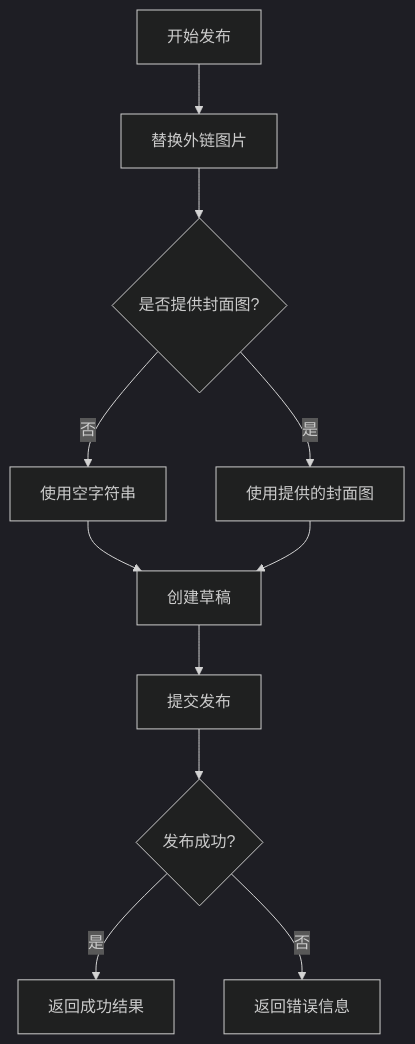
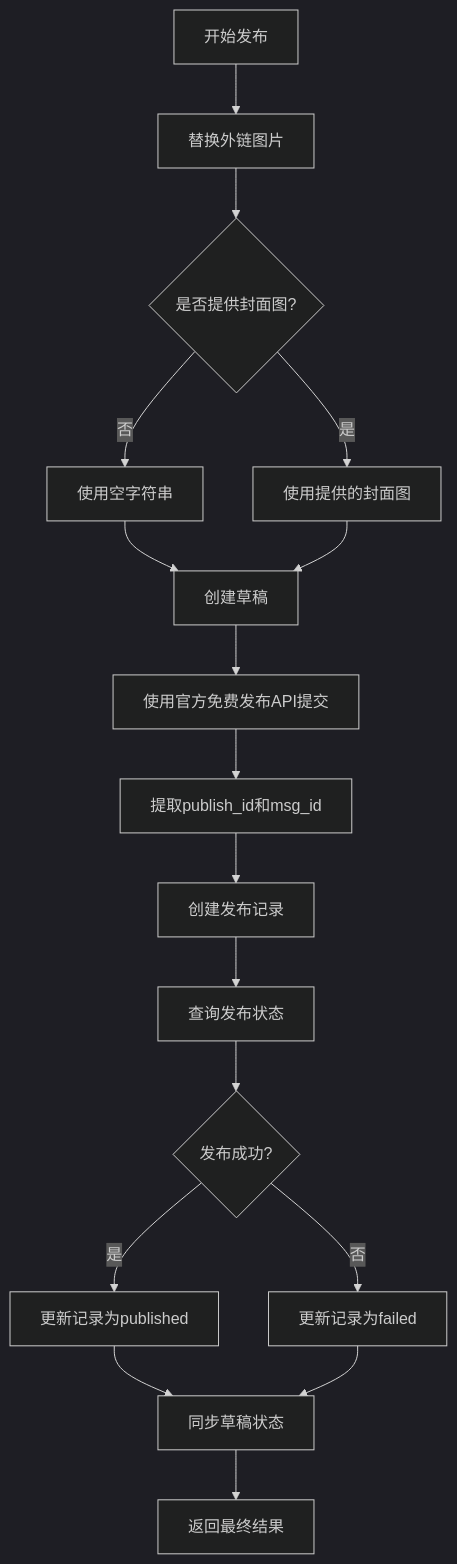
The sixth of 11 diagrams in .qoder/repowiki/zh/content/后端开发/API接口设计/微信API接口.md (sansansansansan2022-web/hotclaw), drawn with Mermaid (dark theme) before and after one commit. The commit also changed other lines of this file and 860 other files, not shown here.

````diff
--- a/.qoder/repowiki/zh/content/后端开发/API接口设计/微信API接口.md
+++ b/.qoder/repowiki/zh/content/后端开发/API接口设计/微信API接口.md
@@ -258,13 +278,19 @@
 ```mermaid
 flowchart TD
 A[开始发布] --> B[替换外链图片]
 B --> C{是否提供封面图?}
 C --> |否| D[使用空字符串]
 C --> |是| E[使用提供的封面图]
 D --> F[创建草稿]
 E --> F
-F --> G[提交发布]
-G --> H{发布成功?}
-H --> |是| I[返回成功结果]
-H --> |否| J[返回错误信息]
+F --> G[使用官方免费发布API提交]
+G --> H[提取publish_id和msg_id]
+H --> I[创建发布记录]
+I --> J[查询发布状态]
+J --> K{发布成功?}
+K --> |是| L[更新记录为published]
+K --> |否| M[更新记录为failed]
+L --> N[同步草稿状态]
+M --> N
+N --> O[返回最终结果]
 ```
````
